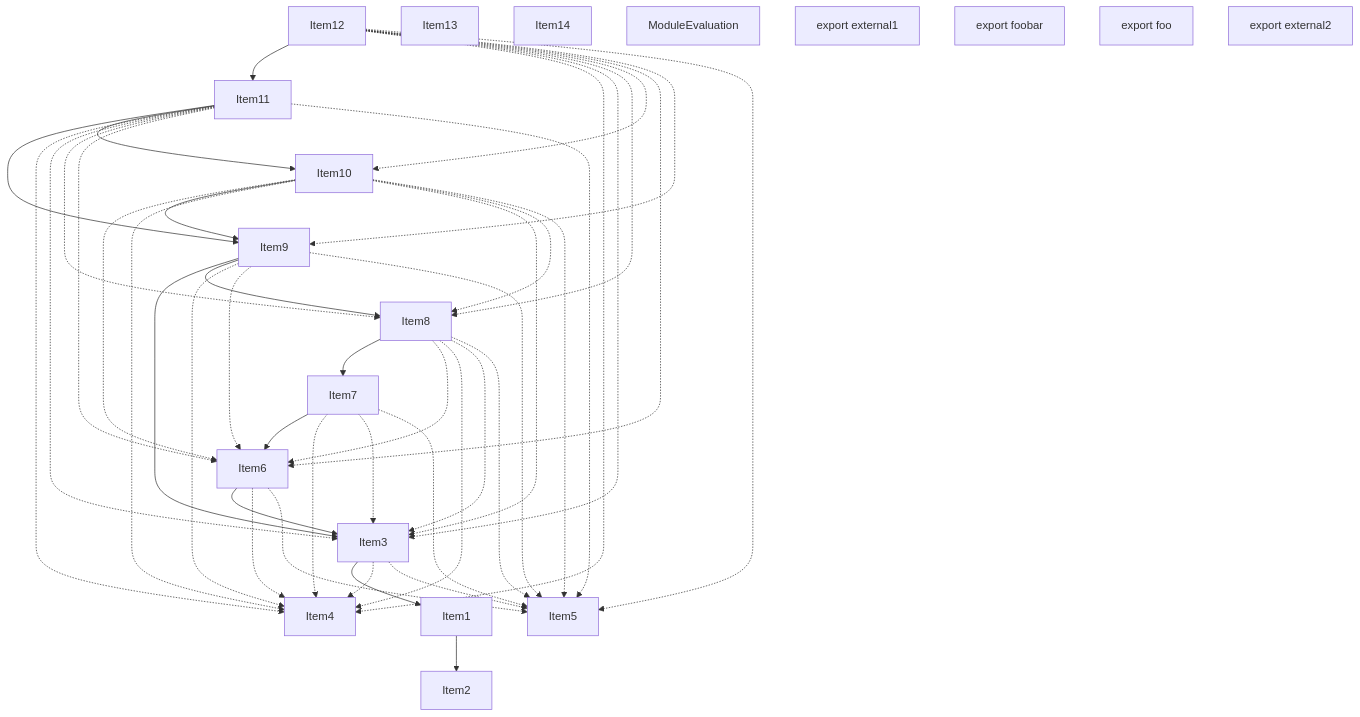
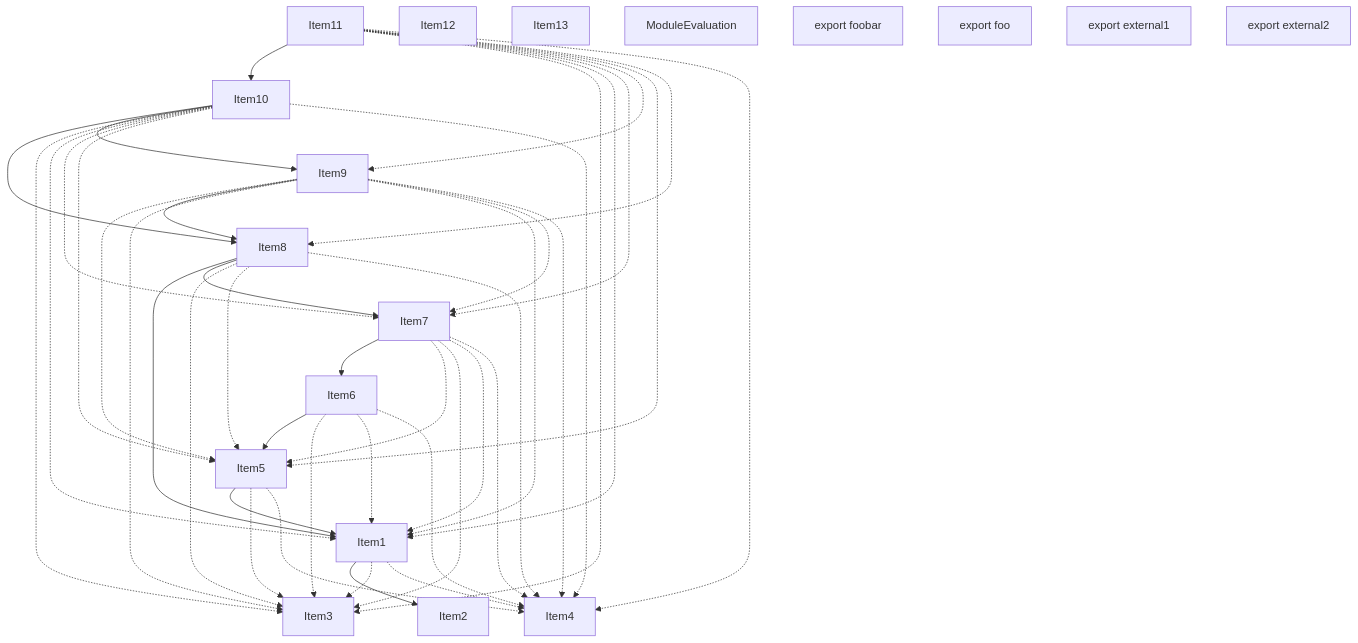
One commit to vercel/turborepo changed the second of 4 diagrams in crates/turbopack-ecmascript/tests/tree-shaker/analyzer/1/output.md. Above: the diagram before and after it, drawn with Mermaid. The commit also changed other lines of this file and 1 other file, not shown here.

````diff
--- a/crates/turbopack-ecmascript/tests/tree-shaker/analyzer/1/output.md
+++ b/crates/turbopack-ecmascript/tests/tree-shaker/analyzer/1/output.md
@@ -180,69 +169,67 @@
 ```mermaid
 graph TD
     Item1;
     Item2;
     Item3;
     Item4;
     Item5;
     Item6;
     Item7;
     Item8;
     Item9;
     Item10;
     Item11;
     Item12;
     Item13;
     Item14;
+    Item14["ModuleEvaluation"];
     Item15;
-    Item15["ModuleEvaluation"];
+    Item15["export foobar"];
     Item16;
-    Item16["export external1"];
+    Item16["export foo"];
     Item17;
-    Item17["export foobar"];
+    Item17["export external1"];
     Item18;
-    Item18["export foo"];
-    Item19;
-    Item19["export external2"];
+    Item18["export external2"];
     Item1 --> Item2;
-    Item3 --> Item1;
-    Item3 -.-> Item4;
-    Item3 -.-> Item5;
-    Item6 --> Item3;
+    Item1 -.-> Item3;
+    Item1 -.-> Item4;
+    Item5 --> Item1;
+    Item5 -.-> Item3;
+    Item5 -.-> Item4;
+    Item6 --> Item5;
+    Item6 -.-> Item3;
+    Item6 -.-> Item1;
     Item6 -.-> Item4;
-    Item6 -.-> Item5;
     Item7 --> Item6;
+    Item7 -.-> Item5;
+    Item7 -.-> Item3;
+    Item7 -.-> Item1;
     Item7 -.-> Item4;
-    Item7 -.-> Item3;
-    Item7 -.-> Item5;
+    Item8 --> Item1;
     Item8 --> Item7;
-    Item8 -.-> Item6;
-    Item8 -.-> Item4;
     Item8 -.-> Item3;
     Item8 -.-> Item5;
-    Item9 --> Item3;
+    Item8 -.-> Item4;
+    Item9 -.-> Item5;
     Item9 --> Item8;
+    Item9 -.-> Item3;
+    Item9 -.-> Item1;
+    Item9 -.-> Item7;
     Item9 -.-> Item4;
-    Item9 -.-> Item6;
-    Item9 -.-> Item5;
-    Item10 -.-> Item6;
+    Item10 --> Item8;
     Item10 --> Item9;
+    Item10 -.-> Item3;
+    Item10 -.-> Item1;
+    Item10 -.-> Item7;
+    Item10 -.-> Item5;
     Item10 -.-> Item4;
-    Item10 -.-> Item3;
-    Item10 -.-> Item8;
-    Item10 -.-> Item5;
-    Item11 --> Item9;
     Item11 --> Item10;
+    Item11 -.-> Item3;
+    Item11 -.-> Item1;
+    Item11 -.-> Item7;
+    Item11 -.-> Item9;
+    Item11 -.-> Item5;
+    Item11 -.-> Item8;
     Item11 -.-> Item4;
-    Item11 -.-> Item3;
-    Item11 -.-> Item8;
-    Item11 -.-> Item6;
-    Item11 -.-> Item5;
-    Item12 --> Item11;
-    Item12 -.-> Item4;
-    Item12 -.-> Item3;
-    Item12 -.-> Item8;
-    Item12 -.-> Item10;
-    Item12 -.-> Item6;
-    Item12 -.-> Item9;
-    Item12 -.-> Item5;
 ```
````
